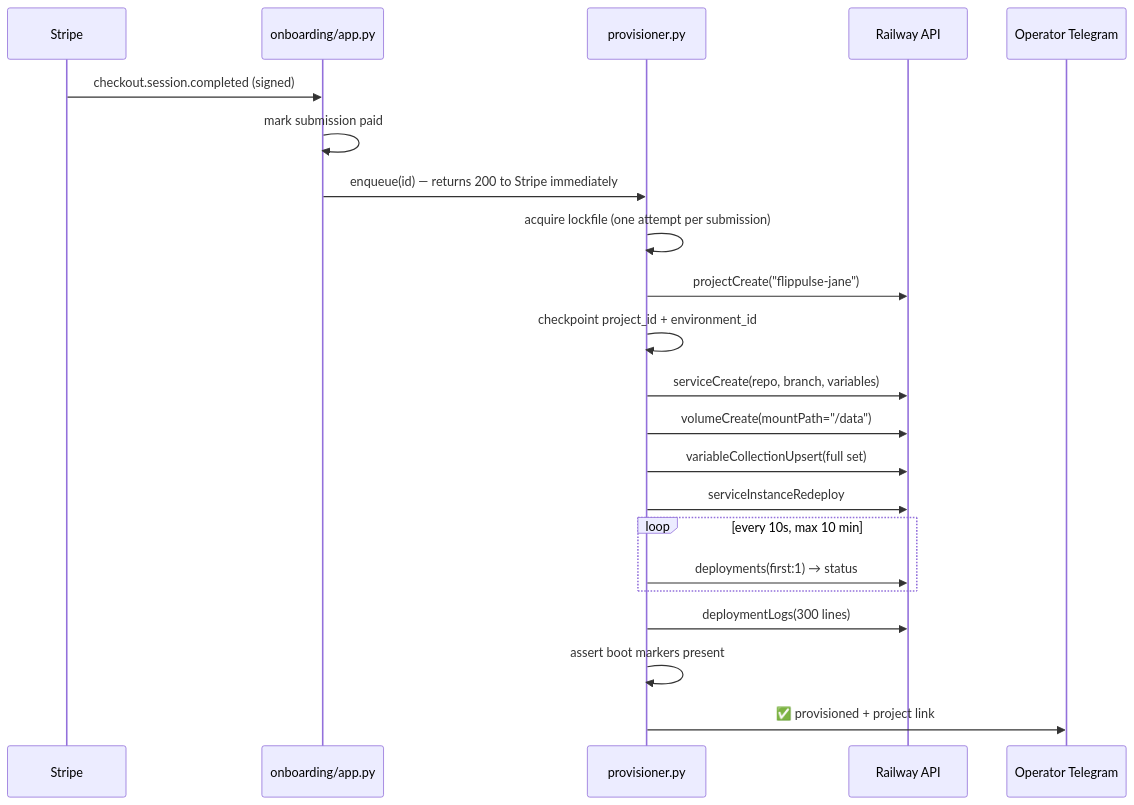
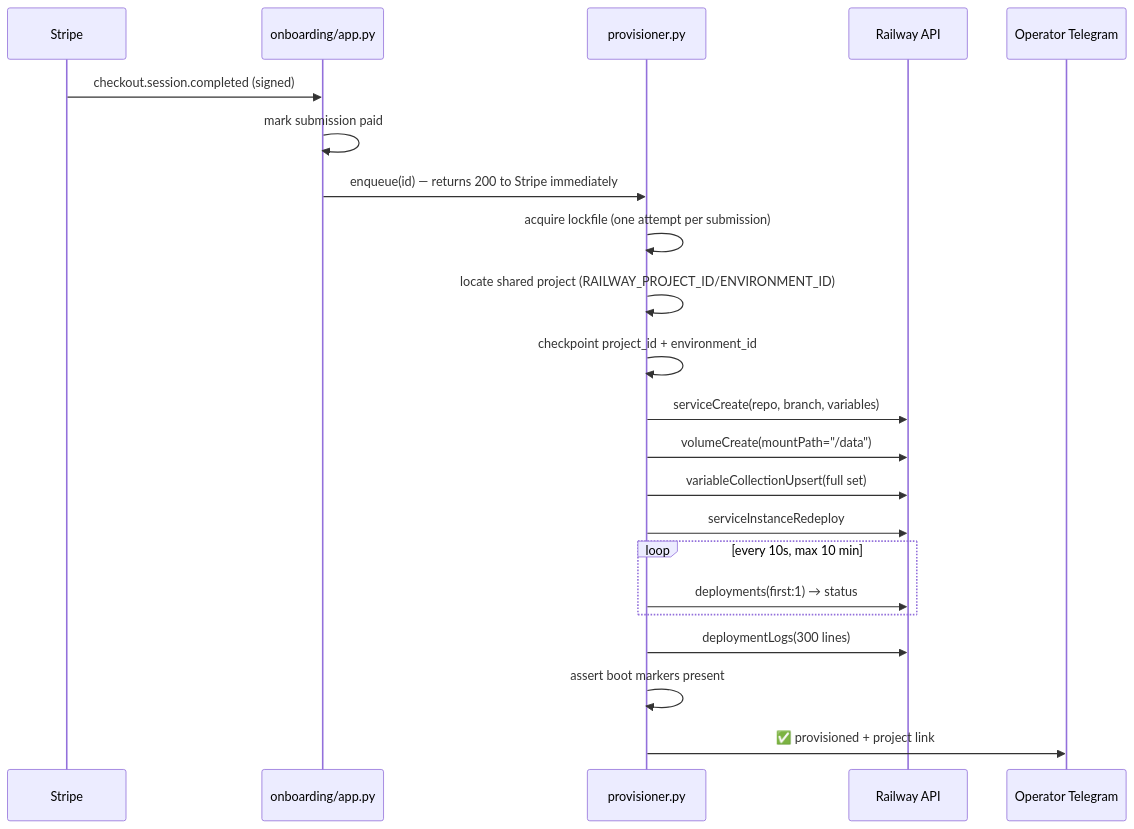
The second of 2 diagrams in AUTOMATED_PROVISIONING.md (jchristadore-ux/FlipPulse), drawn with Mermaid before and after one commit. The commit also changed other lines of this file and 4 other files, not shown here.

````diff
--- a/AUTOMATED_PROVISIONING.md
+++ b/AUTOMATED_PROVISIONING.md
@@ -61,25 +63,25 @@
 ```mermaid
 sequenceDiagram
     participant Stripe
     participant App as onboarding/app.py
     participant Prov as provisioner.py
     participant RW as Railway API
     participant Tg as Operator Telegram
 
     Stripe->>App: checkout.session.completed (signed)
     App->>App: mark submission paid
     App->>Prov: enqueue(id)  — returns 200 to Stripe immediately
     Prov->>Prov: acquire lockfile (one attempt per submission)
-    Prov->>RW: projectCreate("flippulse-jane")
+    Prov->>Prov: locate shared project (RAILWAY_PROJECT_ID/ENVIRONMENT_ID)
     Prov->>Prov: checkpoint project_id + environment_id
     Prov->>RW: serviceCreate(repo, branch, variables)
     Prov->>RW: volumeCreate(mountPath="/data")
     Prov->>RW: variableCollectionUpsert(full set)
     Prov->>RW: serviceInstanceRedeploy
     loop every 10s, max 10 min
         Prov->>RW: deployments(first:1) → status
     end
     Prov->>RW: deploymentLogs(300 lines)
     Prov->>Prov: assert boot markers present
     Prov->>Tg: ✅ provisioned + project link
 ```
````
